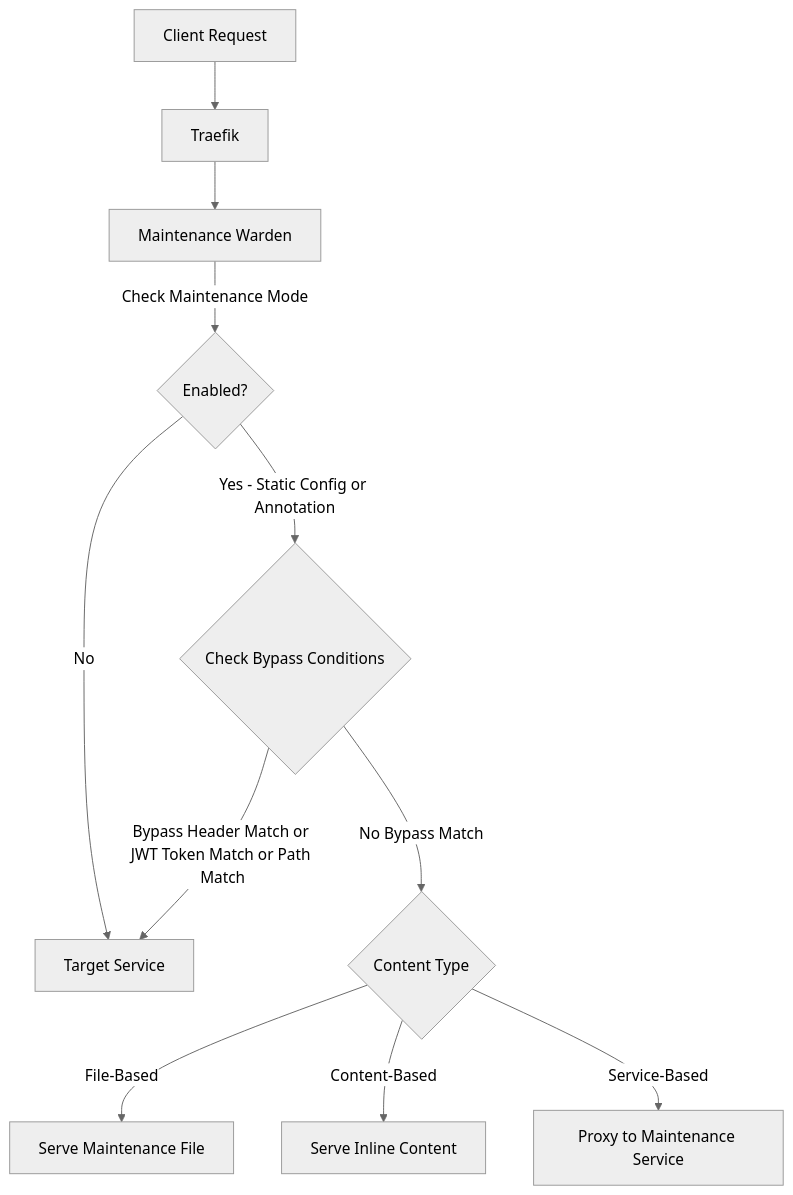
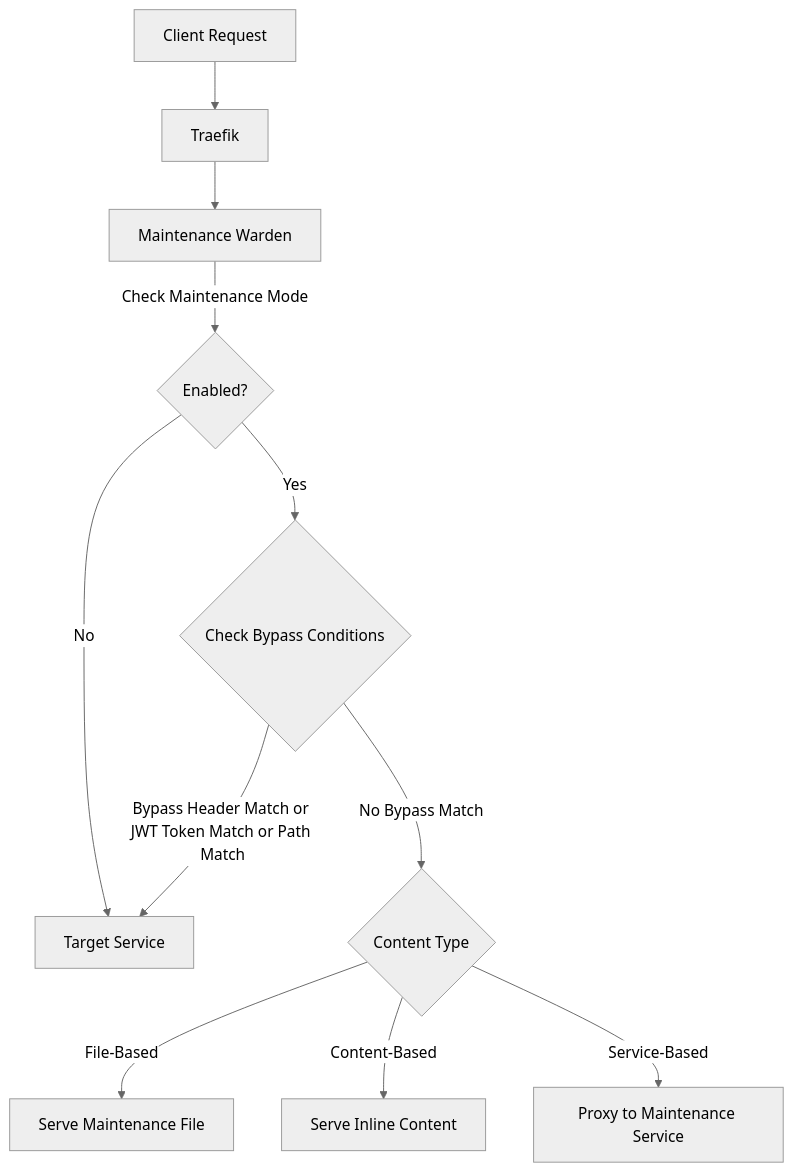
Before and after one commit to TechAlchemistry/traefik-maintenance-warden: the diagram in README.md, drawn with Mermaid (neutral theme). The commit also changed other lines of this file and 6 other files, not shown here.

````diff
--- a/README.md
+++ b/README.md
@@ -48,13 +47,13 @@
 ```mermaid
 flowchart TB
     A[Client Request] --> B[Traefik]
     B --> C[Maintenance Warden]
     C -->|Check Maintenance Mode| D{Enabled?}
     D -->|No| E[Target Service]
-    D -->|Yes - Static Config or Annotation| F{Check Bypass Conditions}
+    D -->|Yes| F{Check Bypass Conditions}
     F -->|Bypass Header Match or JWT Token Match or Path Match| E
     F -->|No Bypass Match| G{Content Type}
     G -->|File-Based| H[Serve Maintenance File]
     G -->|Content-Based| I[Serve Inline Content]
     G -->|Service-Based| J[Proxy to Maintenance Service]
 ```
````
